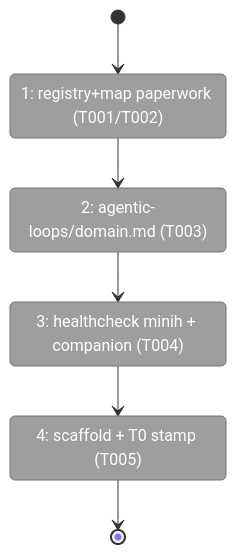
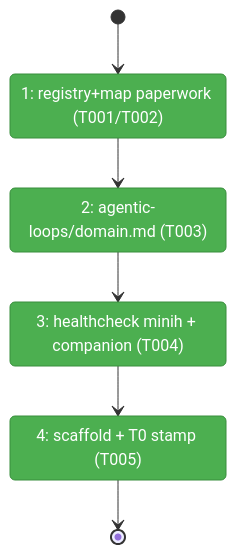
One commit to vaughanknight/pij changed the first of 2 diagrams in docs/plans/008-ralph-loop-extension/tasks/phase-0-prerequisite/tasks.fltplan.md. Above: the diagram before and after it, drawn with Mermaid. The commit also changed other lines of this file and 12 other files, not shown here.

````diff
--- a/docs/plans/008-ralph-loop-extension/tasks/phase-0-prerequisite/tasks.fltplan.md
+++ b/docs/plans/008-ralph-loop-extension/tasks/phase-0-prerequisite/tasks.fltplan.md
@@ -42,20 +42,20 @@
 ```mermaid
 stateDiagram-v2
     classDef pending fill:#9E9E9E,stroke:#757575,color:#fff
     classDef active fill:#FFC107,stroke:#FFA000,color:#000
     classDef done fill:#4CAF50,stroke:#388E3C,color:#fff
     classDef blocked fill:#F44336,stroke:#D32F2F,color:#fff
 
     state "1: registry+map paperwork (T001/T002)" as S1
     state "2: agentic-loops/domain.md (T003)" as S2
     state "3: healthcheck minih + companion (T004)" as S3
     state "4: scaffold + T0 stamp (T005)" as S4
 
     [*] --> S1
     S1 --> S2
     S2 --> S3
     S3 --> S4
     S4 --> [*]
 
-    class S1,S2,S3,S4 pending
+    class S1,S2,S3,S4 done
 ```
````
